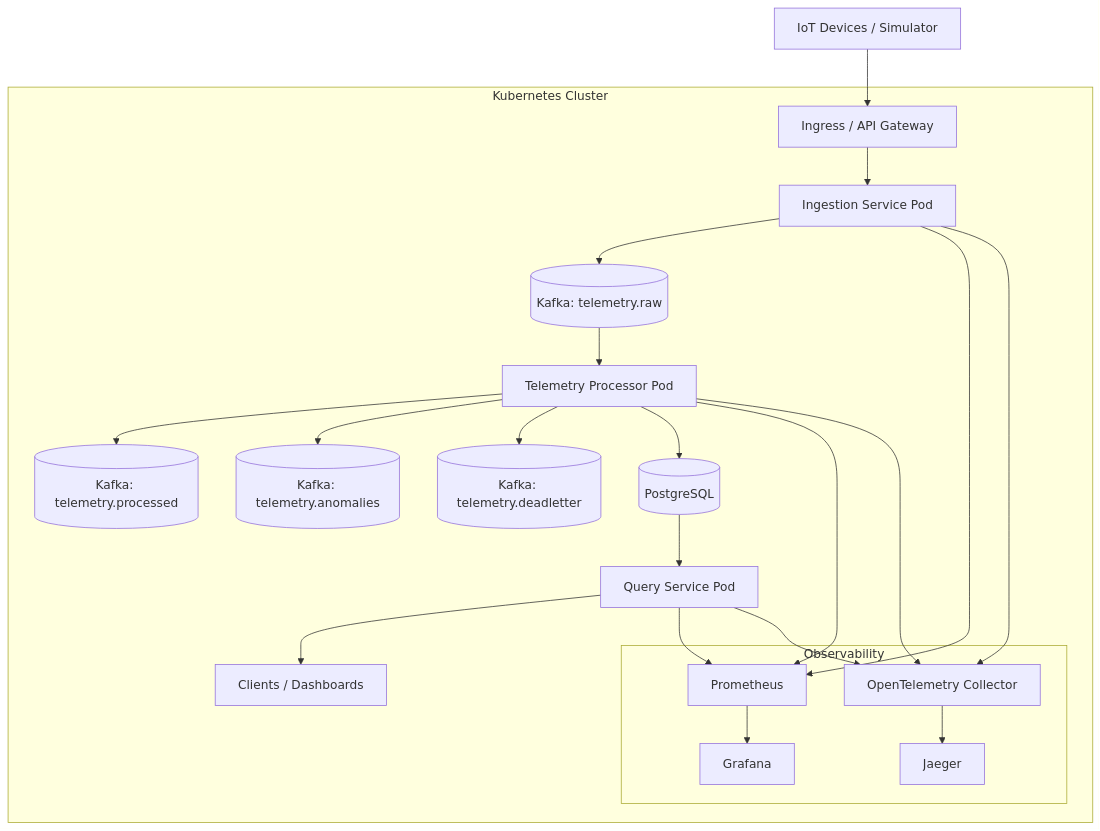
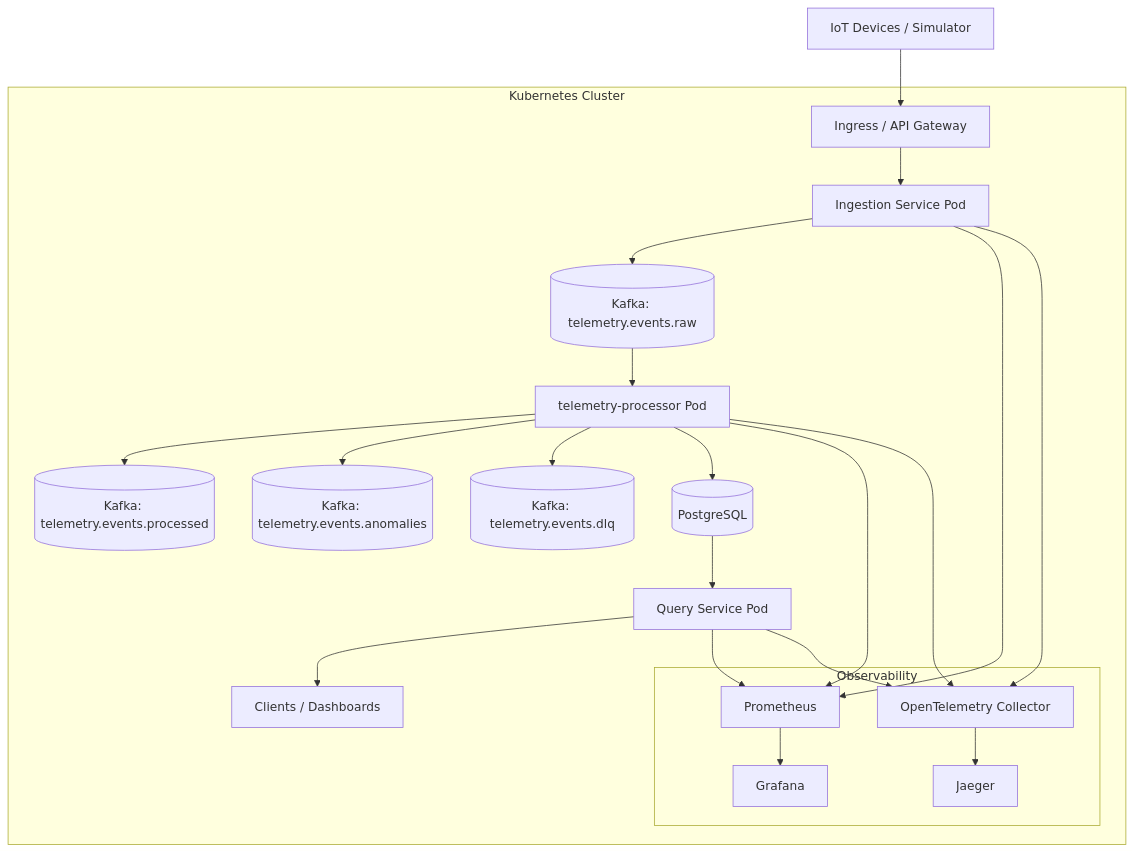
Before and after one commit to ME-Massine/pulsestream: the diagram in docs/diagrams/kubernetes-deployment.md, drawn with Mermaid. The commit also changed 6 other files, not shown here.

Commit message:
docs: fix diagram naming consistency and align with architecture standard

````diff
--- a/docs/diagrams/kubernetes-deployment.md
+++ b/docs/diagrams/kubernetes-deployment.md
@@ -5,37 +5,37 @@
 ```mermaid
 flowchart TB
     U[IoT Devices / Simulator] --> I[Ingress / API Gateway]
 
     subgraph Kubernetes Cluster
         I --> S1[Ingestion Service Pod]
-        S1 --> K1[(Kafka: telemetry.raw)]
+        S1 --> K1[(Kafka: telemetry.events.raw)]
 
-        K1 --> S2[Telemetry Processor Pod]
-        S2 --> K2[(Kafka: telemetry.processed)]
-        S2 --> K3[(Kafka: telemetry.anomalies)]
-        S2 --> K4[(Kafka: telemetry.deadletter)]
+        K1 --> S2[telemetry-processor Pod]
+        S2 --> K2[(Kafka: telemetry.events.processed)]
+        S2 --> K3[(Kafka: telemetry.events.anomalies)]
+        S2 --> K4[(Kafka: telemetry.events.dlq)]
 
         S2 --> DB[(PostgreSQL)]
 
         DB --> S3[Query Service Pod]
         S3 --> C[Clients / Dashboards]
 
         subgraph Observability
             P[Prometheus]
             G[Grafana]
             O[OpenTelemetry Collector]
             J[Jaeger]
         end
 
         S1 --> P
         S2 --> P
         S3 --> P
 
         S1 --> O
         S2 --> O
         S3 --> O
 
         P --> G
         O --> J
     end
 ```
````
